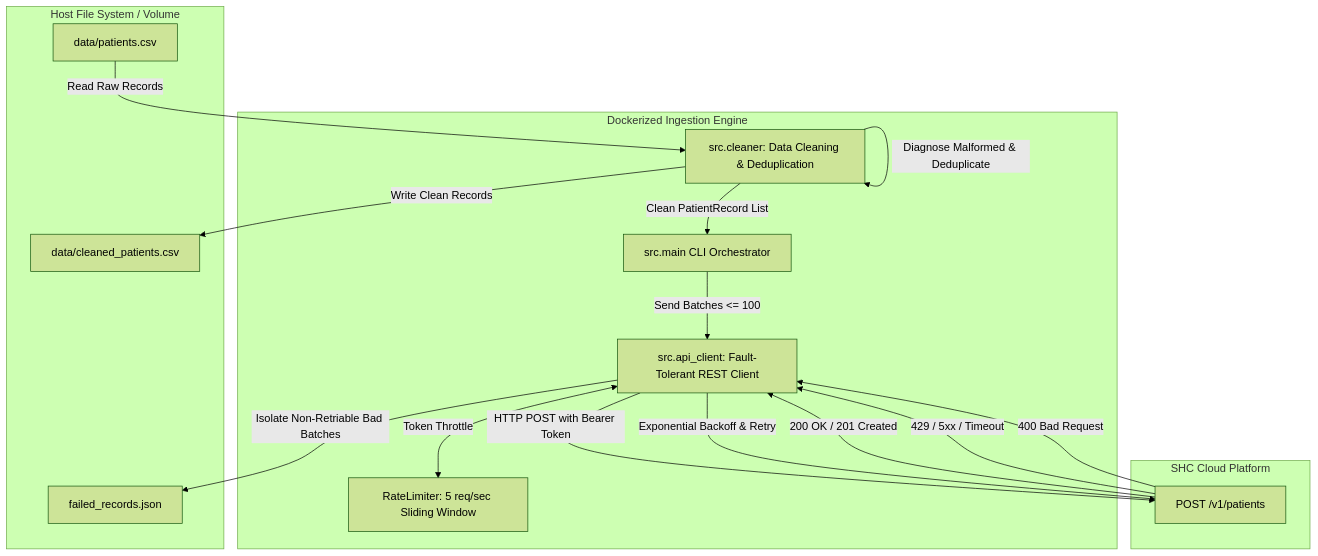
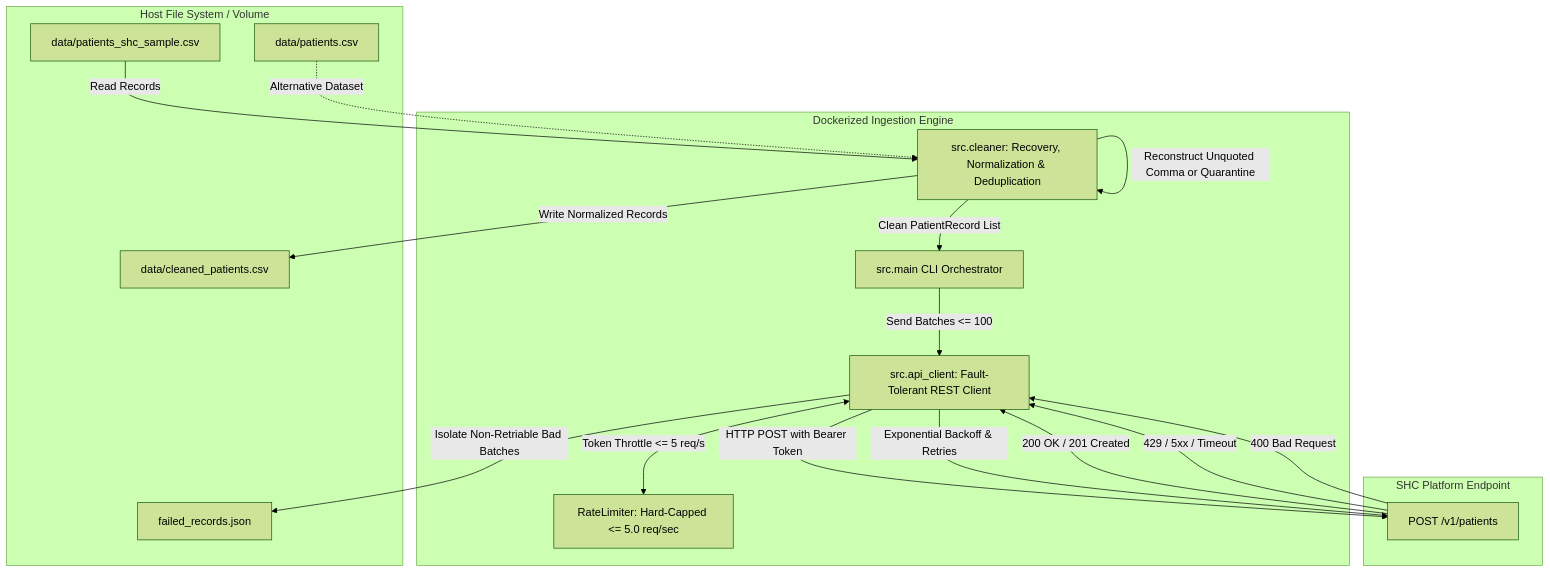
The diagram in README.md (Lakshmitulasi-coder/shc-patient-data-ingestion), drawn with Mermaid (forest theme) before and after one commit. The commit also changed other lines of this file and 7 other files, not shown here.

Commit message:
fix: recover malformed balance, add PDF sample dataset, cap rate limit at 5 rps, and update docs

````diff
--- a/README.md
+++ b/README.md
@@ -61,32 +69,34 @@
 ```mermaid
 flowchart TD
     subgraph Storage [Host File System / Volume]
-        RawCSV[data/patients.csv]
+        SampleCSV[data/patients_shc_sample.csv]
+        DemoCSV[data/patients.csv]
         CleanCSV[data/cleaned_patients.csv]
         FailedJSON[failed_records.json]
     end
 
     subgraph Container [Dockerized Ingestion Engine]
         Main[src.main CLI Orchestrator]
-        Cleaner[src.cleaner: Data Cleaning & Deduplication]
-        Limiter[RateLimiter: 5 req/sec Sliding Window]
+        Cleaner[src.cleaner: Recovery, Normalization & Deduplication]
+        Limiter[RateLimiter: Hard-Capped <= 5.0 req/sec]
         Client[src.api_client: Fault-Tolerant REST Client]
     end
 
-    subgraph API [SHC Cloud Platform]
+    subgraph API [SHC Platform Endpoint]
         MockAPI[POST /v1/patients]
     end
 
-    RawCSV -->|Read Raw Records| Cleaner
-    Cleaner -->|Diagnose Malformed & Deduplicate| Cleaner
-    Cleaner -->|Write Clean Records| CleanCSV
+    SampleCSV -->|Read Records| Cleaner
+    DemoCSV -.->|Alternative Dataset| Cleaner
+    Cleaner -->|Reconstruct Unquoted Comma or Quarantine| Cleaner
+    Cleaner -->|Write Normalized Records| CleanCSV
     Cleaner -->|Clean PatientRecord List| Main
     Main -->|Send Batches <= 100| Client
-    Client <-->|Token Throttle| Limiter
+    Client <-->|Token Throttle <= 5 req/s| Limiter
     Client -->|HTTP POST with Bearer Token| MockAPI
     MockAPI -->|200 OK / 201 Created| Client
     MockAPI -->|429 / 5xx / Timeout| Client
-    Client -->|Exponential Backoff & Retry| MockAPI
+    Client -->|Exponential Backoff & Retries| MockAPI
     MockAPI -->|400 Bad Request| Client
     Client -->|Isolate Non-Retriable Bad Batches| FailedJSON
 ```
````
